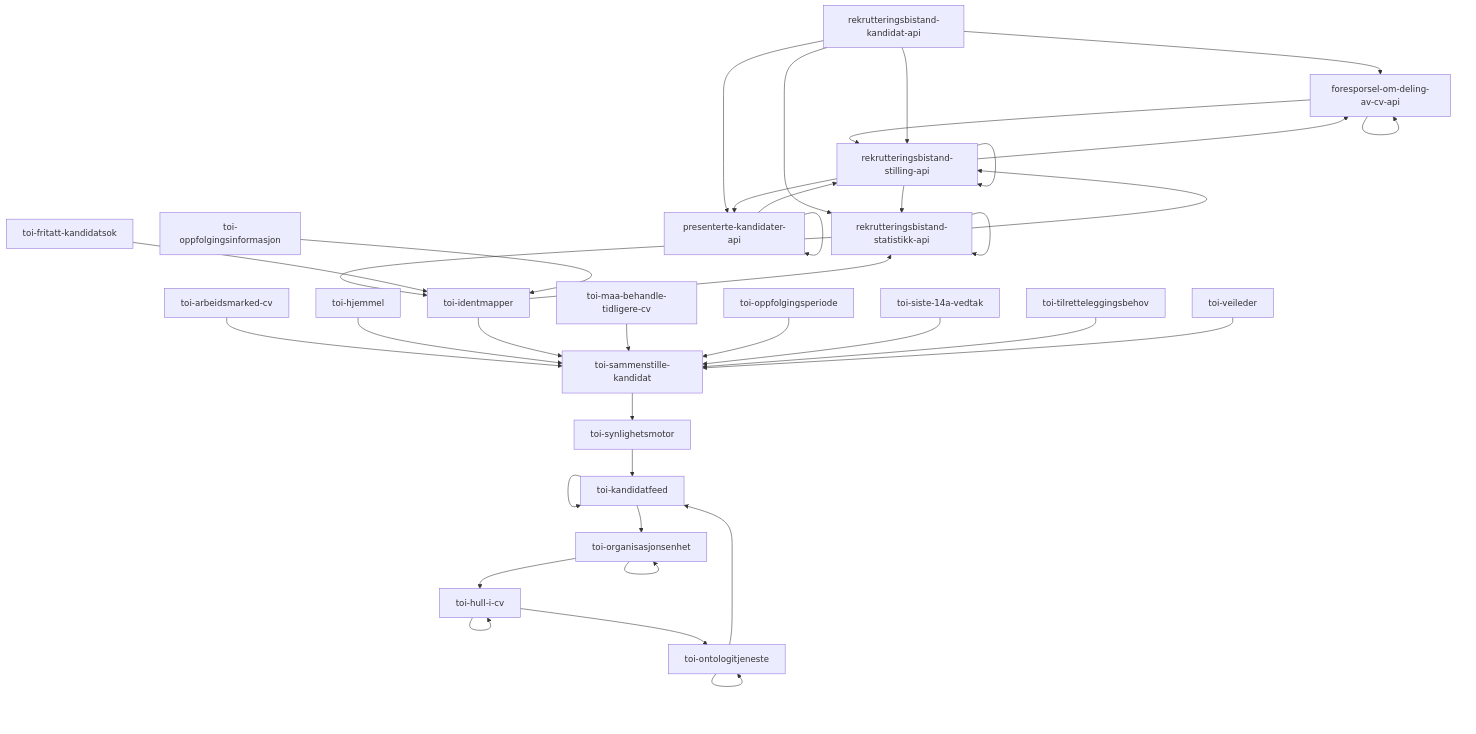
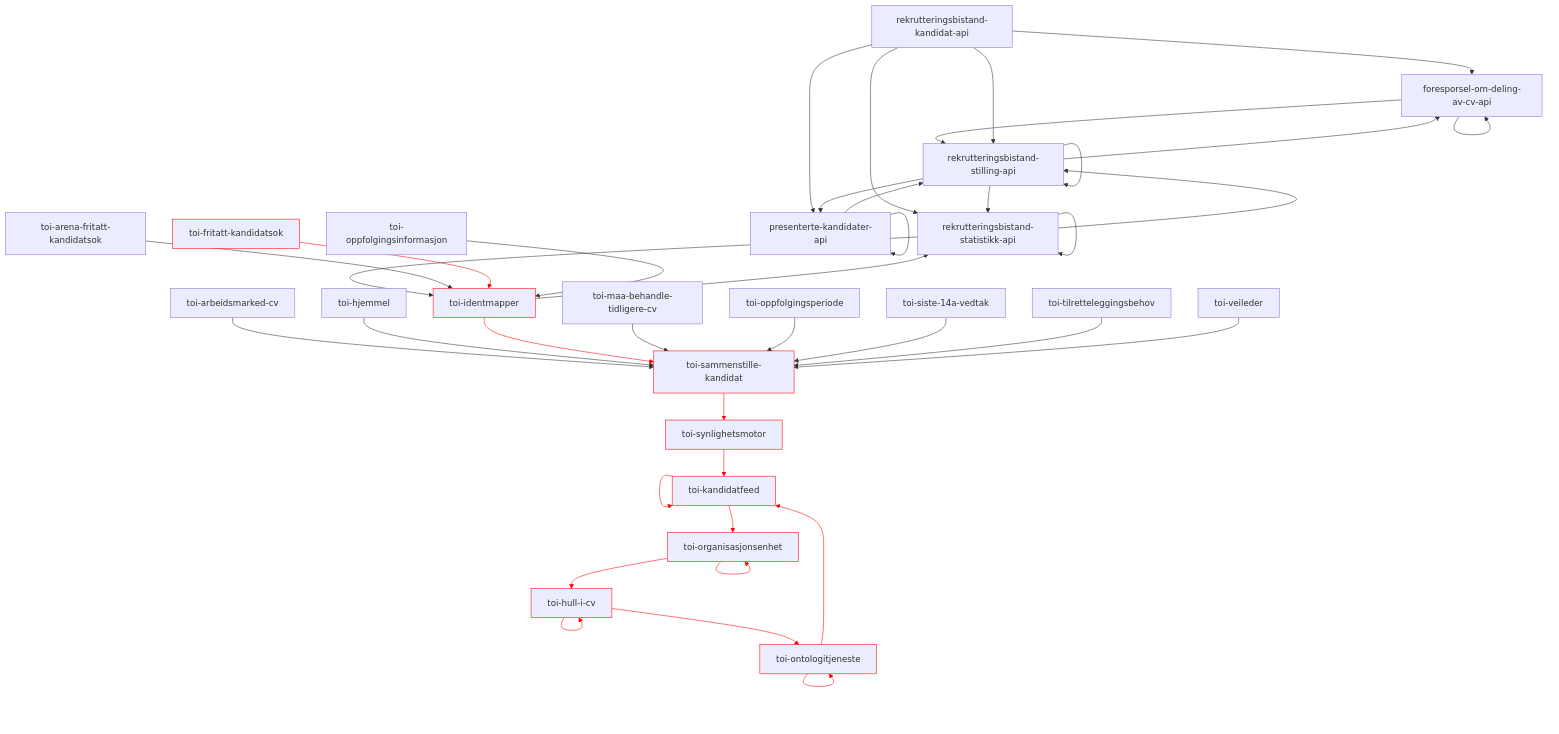
The fifth of 24 diagrams in README.md (navikt/toi-rapids-and-rivers-grapher), drawn with Mermaid before and after one commit. The commit also changed other lines of this file, not shown here.

````diff
--- a/README.md
+++ b/README.md
@@ -183,41 +188,43 @@
 ```mermaid
 graph TD;
 foresporsel-om-deling-av-cv-api --> foresporsel-om-deling-av-cv-api;
 foresporsel-om-deling-av-cv-api --> rekrutteringsbistand-stilling-api;
 presenterte-kandidater-api --> presenterte-kandidater-api;
 presenterte-kandidater-api --> rekrutteringsbistand-stilling-api;
 rekrutteringsbistand-kandidat-api --> foresporsel-om-deling-av-cv-api;
 rekrutteringsbistand-kandidat-api --> presenterte-kandidater-api;
 rekrutteringsbistand-kandidat-api --> rekrutteringsbistand-statistikk-api;
 rekrutteringsbistand-kandidat-api --> rekrutteringsbistand-stilling-api;
 rekrutteringsbistand-statistikk-api --> rekrutteringsbistand-statistikk-api;
 rekrutteringsbistand-statistikk-api --> rekrutteringsbistand-stilling-api;
 rekrutteringsbistand-statistikk-api --> toi-identmapper;
 rekrutteringsbistand-stilling-api --> foresporsel-om-deling-av-cv-api;
 rekrutteringsbistand-stilling-api --> presenterte-kandidater-api;
 rekrutteringsbistand-stilling-api --> rekrutteringsbistand-statistikk-api;
 rekrutteringsbistand-stilling-api --> rekrutteringsbistand-stilling-api;
 toi-arbeidsmarked-cv --> toi-sammenstille-kandidat;
-toi-fritatt-kandidatsok --> toi-identmapper;
+toi-arena-fritatt-kandidatsok --> toi-identmapper;
+toi-fritatt-kandidatsok:::x --> toi-identmapper:::x;
 toi-hjemmel --> toi-sammenstille-kandidat;
-toi-hull-i-cv --> toi-hull-i-cv;
-toi-hull-i-cv --> toi-ontologitjeneste;
+toi-hull-i-cv:::x --> toi-hull-i-cv:::x;
+toi-hull-i-cv:::x --> toi-ontologitjeneste:::x;
 toi-identmapper --> rekrutteringsbistand-statistikk-api;
-toi-identmapper --> toi-sammenstille-kandidat;
-toi-kandidatfeed --> toi-kandidatfeed;
-toi-kandidatfeed --> toi-organisasjonsenhet;
+toi-identmapper:::x --> toi-sammenstille-kandidat:::x;
+toi-kandidatfeed:::x --> toi-kandidatfeed:::x;
+toi-kandidatfeed:::x --> toi-organisasjonsenhet:::x;
 toi-maa-behandle-tidligere-cv --> toi-sammenstille-kandidat;
-toi-ontologitjeneste --> toi-kandidatfeed;
-toi-ontologitjeneste --> toi-ontologitjeneste;
+toi-ontologitjeneste:::x --> toi-kandidatfeed:::x;
+toi-ontologitjeneste:::x --> toi-ontologitjeneste:::x;
 toi-oppfolgingsinformasjon --> toi-identmapper;
 toi-oppfolgingsperiode --> toi-sammenstille-kandidat;
-toi-organisasjonsenhet --> toi-hull-i-cv;
-toi-organisasjonsenhet --> toi-organisasjonsenhet;
-toi-sammenstille-kandidat --> toi-synlighetsmotor;
+toi-organisasjonsenhet:::x --> toi-hull-i-cv:::x;
+toi-organisasjonsenhet:::x --> toi-organisasjonsenhet:::x;
+toi-sammenstille-kandidat:::x --> toi-synlighetsmotor:::x;
 toi-siste-14a-vedtak --> toi-sammenstille-kandidat;
-toi-synlighetsmotor --> toi-kandidatfeed;
+toi-synlighetsmotor:::x --> toi-kandidatfeed:::x;
 toi-tilretteleggingsbehov --> toi-sammenstille-kandidat;
 toi-veileder --> toi-sammenstille-kandidat;
 
-
+linkStyle 17,19,20,22,23,24,26,27,30,31,32,34 stroke:red;
+classDef x stroke: red;
 ```
````
